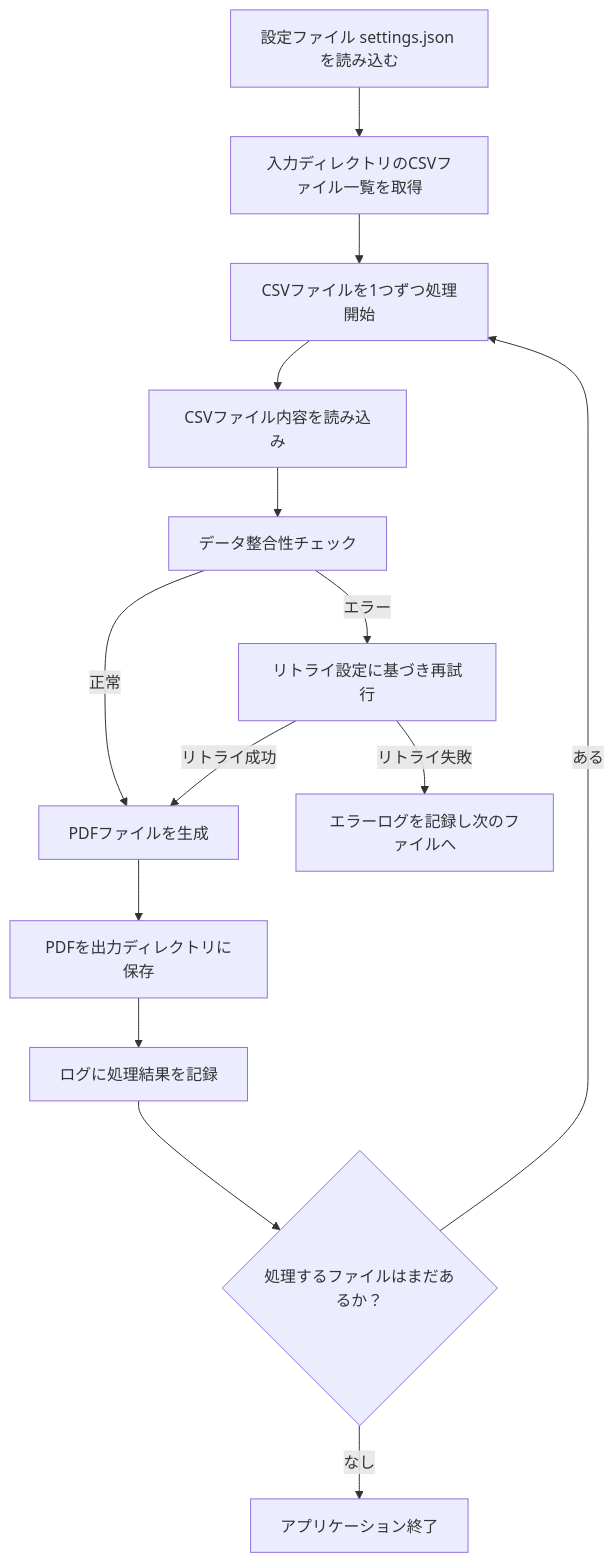
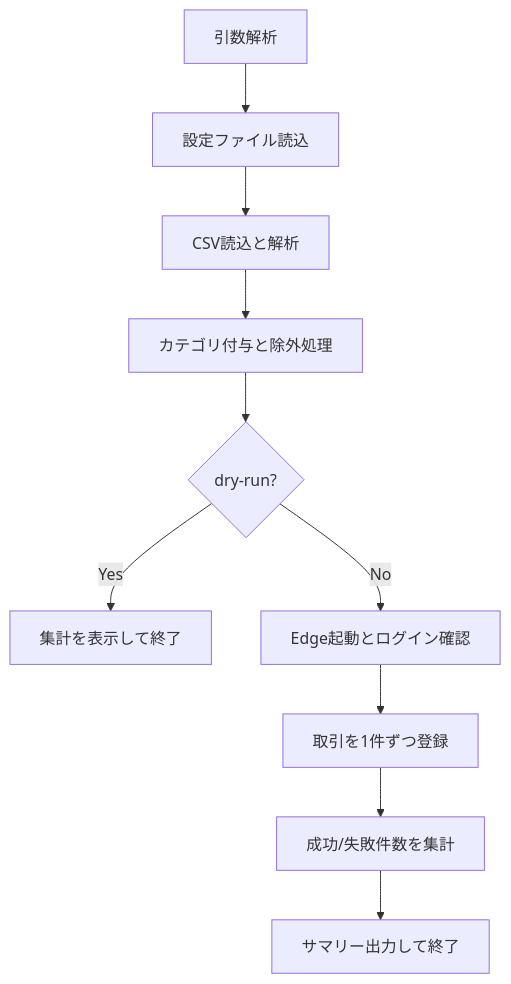
The diagram in README.md (Shinoryo/PayPay2MFJS), drawn with Mermaid before and after one commit. The commit also changed other lines of this file and 20 other files, not shown here.

````diff
--- a/README.md
+++ b/README.md
@@ -113,16 +197,12 @@
 ```mermaid
 flowchart TD
-    A[設定ファイル settings.json を読み込む] --> B[入力ディレクトリのCSVファイル一覧を取得]
-    B --> C[CSVファイルを1つずつ処理開始]
-    C --> D[CSVファイル内容を読み込み]
-    D --> E[データ整合性チェック]
-    E -->|正常| F[PDFファイルを生成]
-    E -->|エラー| G[リトライ設定に基づき再試行]
-    G -->|リトライ成功| F
-    G -->|リトライ失敗| H[エラーログを記録し次のファイルへ]
-    F --> I[PDFを出力ディレクトリに保存]
-    I --> J[ログに処理結果を記録]
-    J --> K{処理するファイルはまだあるか？}
-    K -->|ある| C
-    K -->|なし| L[アプリケーション終了]
+        A[引数解析] --> B[設定ファイル読込]
+        B --> C[CSV読込と解析]
+        C --> D[カテゴリ付与と除外処理]
+        D --> E{dry-run?}
+        E -->|Yes| F[集計を表示して終了]
+        E -->|No| G[Edge起動とログイン確認]
+        G --> H[取引を1件ずつ登録]
+        H --> I[成功/失敗件数を集計]
+        I --> J[サマリー出力して終了]
 ```
````
